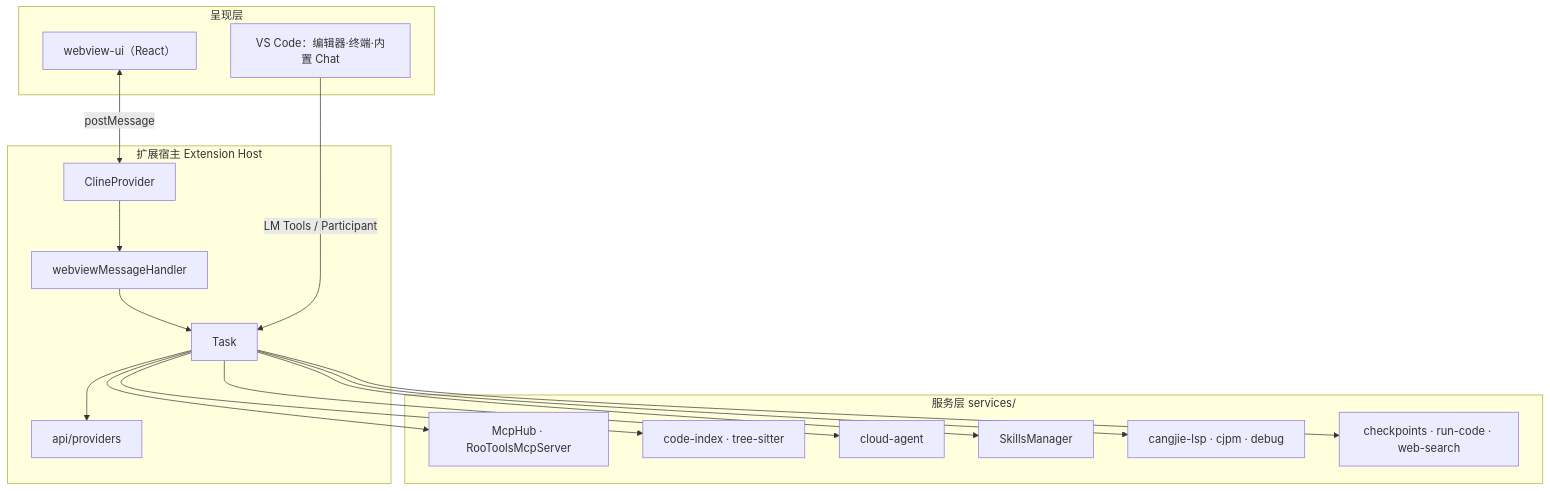
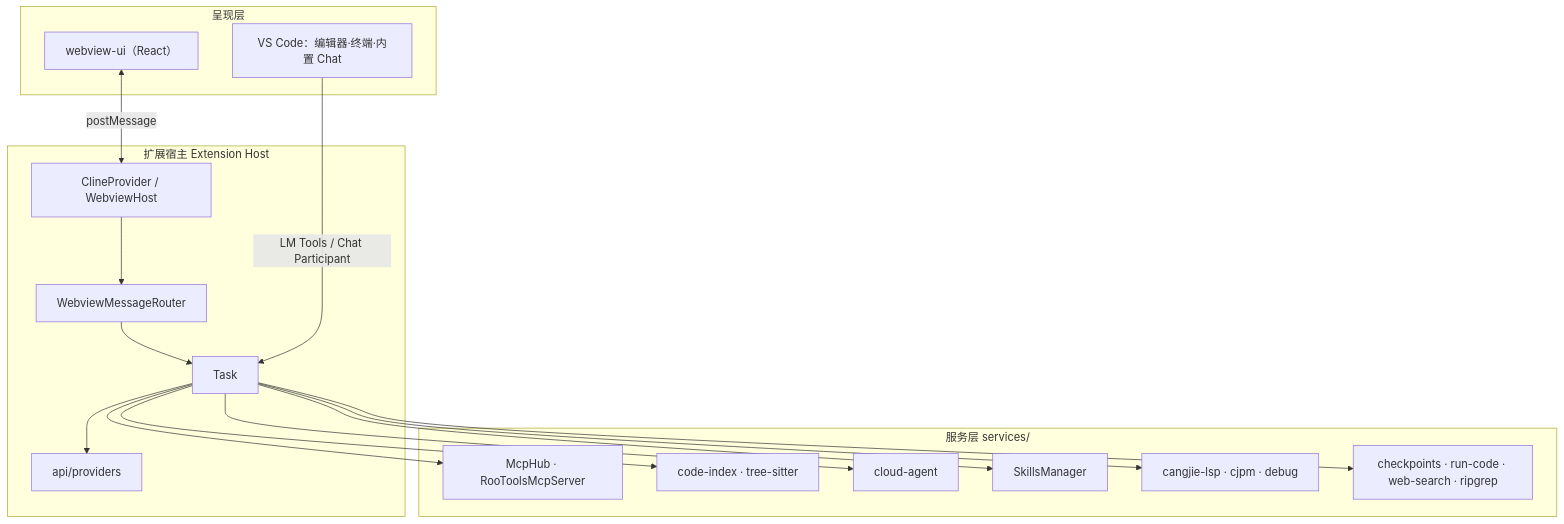
Before and after one commit to JunjieChen0/NJUST: the first of 5 diagrams in README.md, drawn with Mermaid. The commit also changed other lines of this file and 402 other files, not shown here.

````diff
--- a/README.md
+++ b/README.md
@@ -38,32 +38,32 @@
 ```mermaid
 flowchart TB
   subgraph UI["呈现层"]
     W["webview-ui（React）"]
     VSC["VS Code：编辑器·终端·内置 Chat"]
   end
   subgraph Host["扩展宿主 Extension Host"]
-    CP["ClineProvider"]
-    TH["webviewMessageHandler"]
+    CP["ClineProvider / WebviewHost"]
+    MR["WebviewMessageRouter"]
     TK["Task"]
     PR["api/providers"]
   end
   subgraph Svc["服务层 services/"]
     MCP["McpHub · RooToolsMcpServer"]
     IDX["code-index · tree-sitter"]
     CA["cloud-agent"]
     SK["SkillsManager"]
     CJ["cangjie-lsp · cjpm · debug"]
-    OTH["checkpoints · run-code · web-search"]
+    OTH["checkpoints · run-code · web-search · ripgrep"]
   end
   W <-->|"postMessage"| CP
-  CP --> TH
-  TH --> TK
+  CP --> MR
+  MR --> TK
   TK --> PR
   TK --> MCP
   TK --> IDX
   TK --> CA
   TK --> SK
   TK --> CJ
   TK --> OTH
-  VSC -->|"LM Tools / Participant"| TK
+  VSC -->|"LM Tools / Chat Participant"| TK
 ```
````
